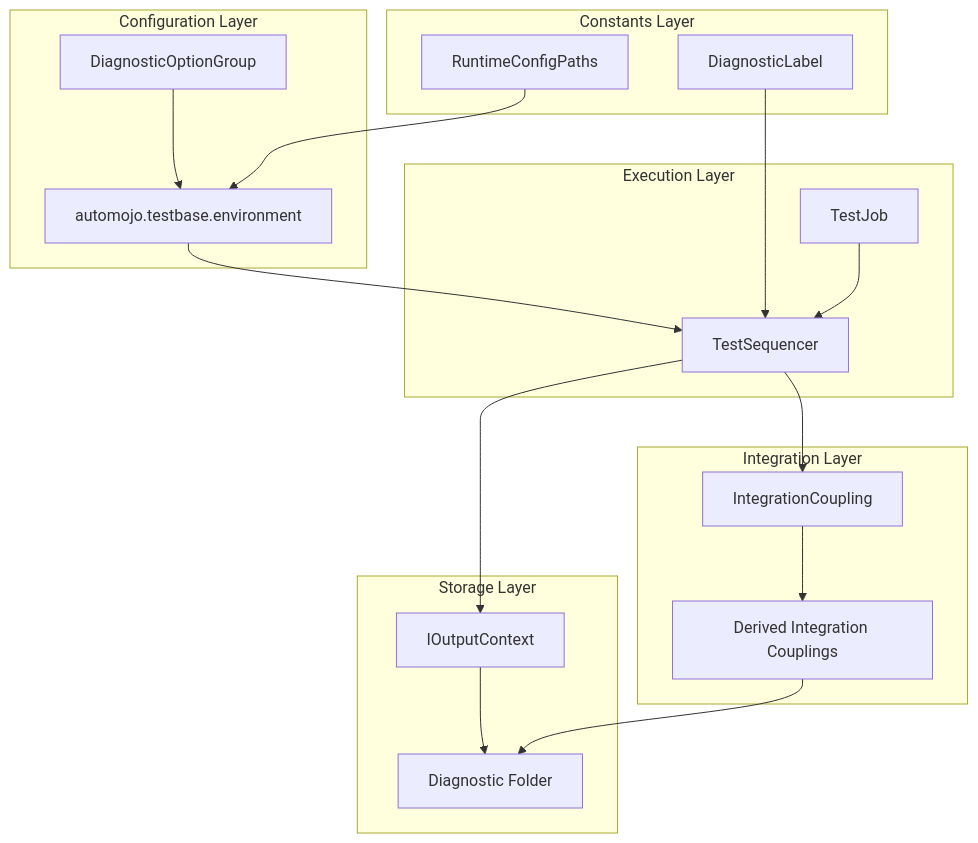
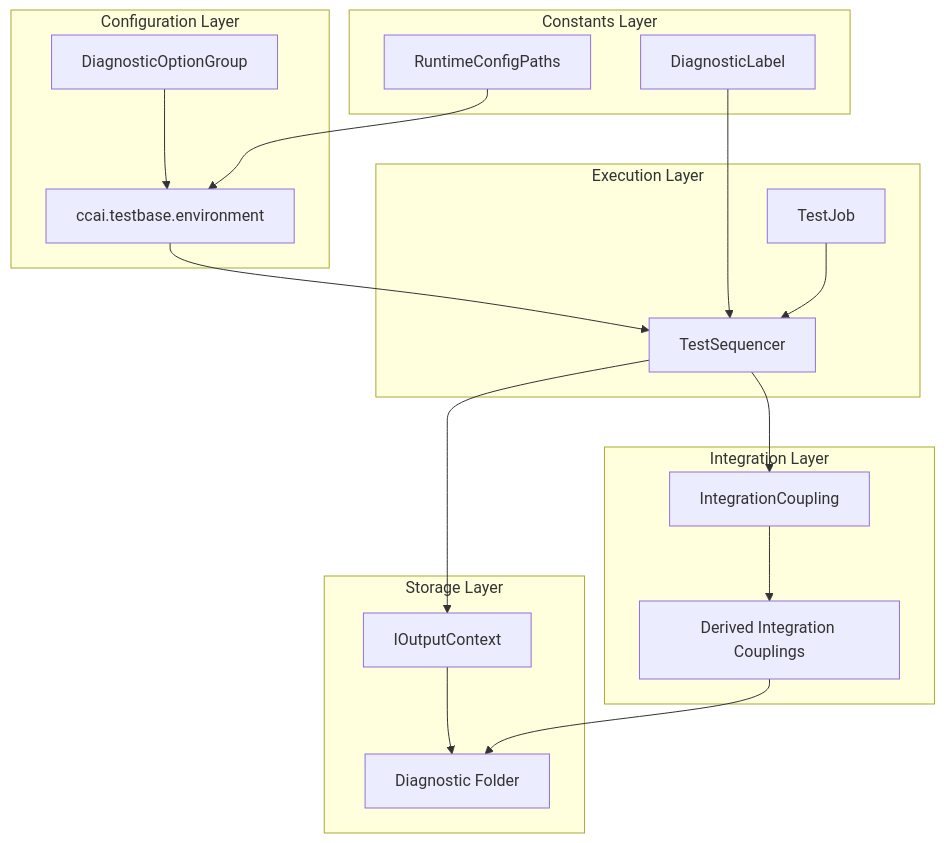
One commit to code-craft-ai-company/codecraftai-testbase changed the first of 9 diagrams in specs/diagnostics/design.md. Above: the diagram before and after it, drawn with Mermaid. The commit also changed other lines of this file and 638 other files, not shown here.

Commit message:
rebrand: Automation Mojo -> Code Craft AI (automojo->ccai namespace)

````diff
--- a/specs/diagnostics/design.md
+++ b/specs/diagnostics/design.md
@@ -21,40 +21,40 @@
 ```mermaid
 graph TB
     subgraph "Constants Layer"
         DL[DiagnosticLabel]
         RCP[RuntimeConfigPaths]
     end
     
     subgraph "Configuration Layer"
-        ENV[automojo.testbase.environment]
+        ENV[ccai.testbase.environment]
         DOG[DiagnosticOptionGroup]
     end
     
     subgraph "Execution Layer"
         TJ[TestJob]
         TS[TestSequencer]
     end
     
     subgraph "Integration Layer"
         IC[IntegrationCoupling]
         DIC[Derived Integration Couplings]
     end
     
     subgraph "Storage Layer"
         OC[IOutputContext]
         DF[Diagnostic Folder]
     end
     
     DOG --> ENV
     ENV --> TS
     DL --> TS
     RCP --> ENV
     
     TJ --> TS
     TS --> IC
     IC --> DIC
     
     TS --> OC
     OC --> DF
     DIC --> DF
 ```
````
